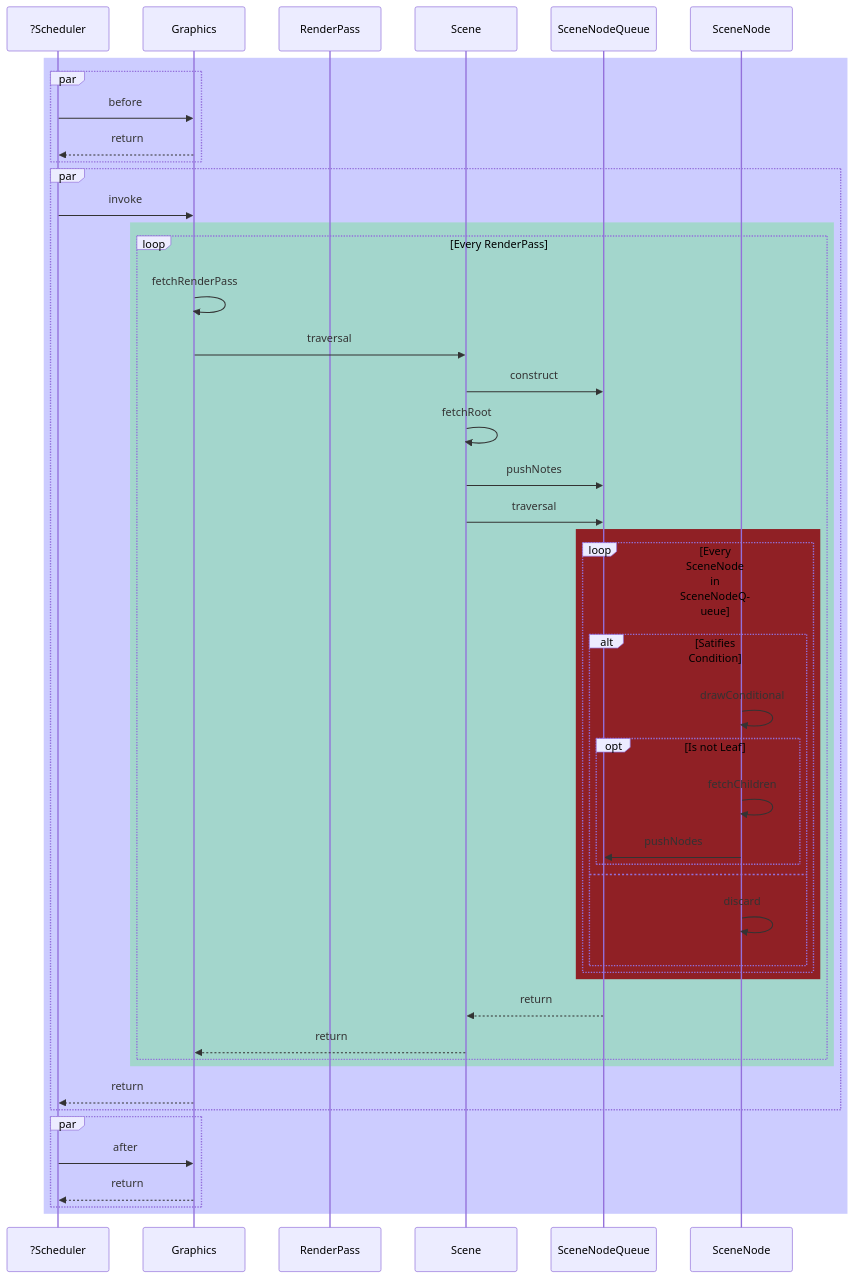
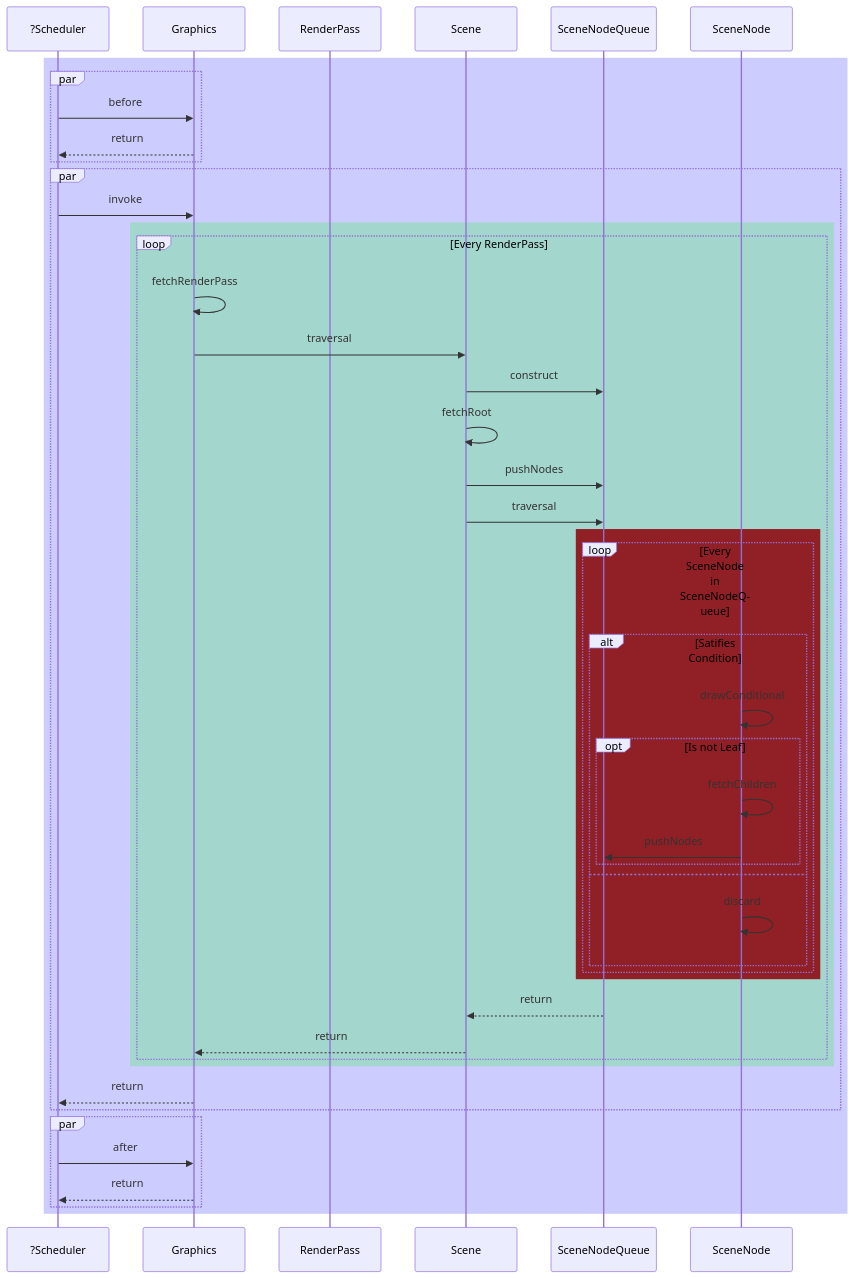
Diagram 26 of 41 in docs/concept.md (Heliogrim/Heliogrim-Engine), drawn with Mermaid before and after one commit. The commit also changed other lines of this file and 136 other files, not shown here.

````diff
--- a/docs/concept.md
+++ b/docs/concept.md
@@ -1140,53 +1137,53 @@
 ```mermaid
 sequenceDiagram
     participant ?Scheduler
     participant Graphics
     participant RenderPass
     participant Scene
     participant SceneNodeQueue
     participant SceneNode
 
     rect rgba(0, 0, 255, .2)
         par
             ?Scheduler->>Graphics: before
             Graphics-->>?Scheduler: return
         end
 
         par
                 ?Scheduler->>Graphics: invoke
                 rect rgba(0, 255, 0, .2)
                     loop Every RenderPass
                         Graphics->>Graphics: fetchRenderPass
                         Graphics->>Scene: traversal
                             Scene->>SceneNodeQueue: construct
                             Scene->>Scene: fetchRoot
-                            Scene->>SceneNodeQueue: pushNotes
+                            Scene->>SceneNodeQueue: pushNodes
                             Scene->>SceneNodeQueue: traversal
 
                             rect rgb(144, 32, 37)
                                 loop Every SceneNode in SceneNodeQueue
                                     alt Satifies Condition
                                         SceneNode->>SceneNode: drawConditional
                                         opt Is not Leaf
                                             SceneNode->>SceneNode: fetchChildren
                                             SceneNode->>SceneNodeQueue: pushNodes
                                         end
                                     else
                                         SceneNode->>SceneNode: discard
                                     end
                                 end
                             end
 
                             SceneNodeQueue-->>Scene: return
                         Scene-->>Graphics: return
                     end
                 end
                 Graphics-->>?Scheduler: return
             end
 
         par
             ?Scheduler->>Graphics: after
             Graphics-->>?Scheduler: return
         end
     end
 ```
````
